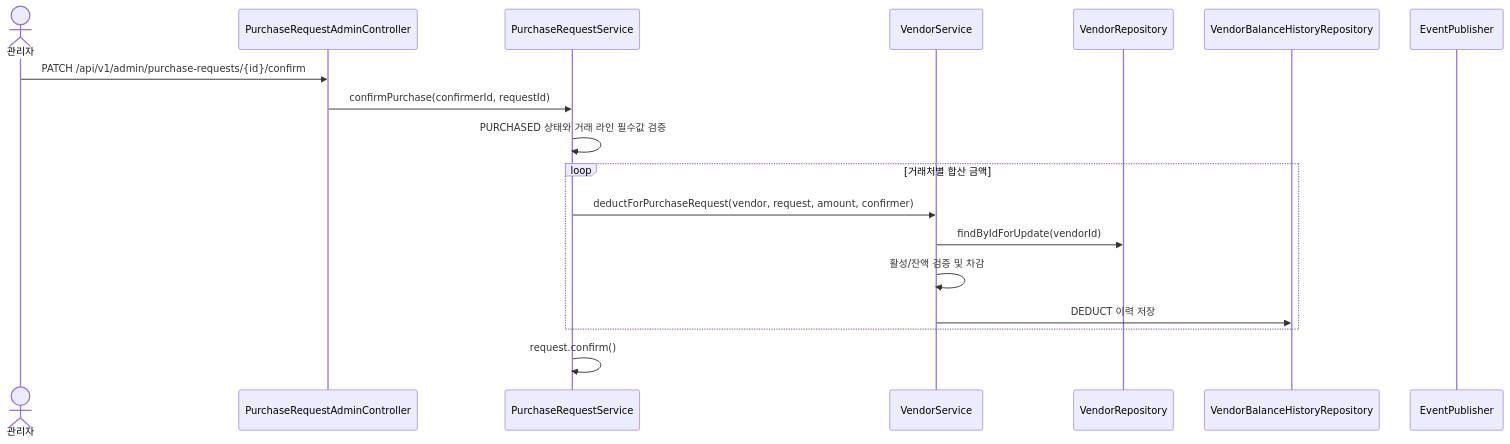
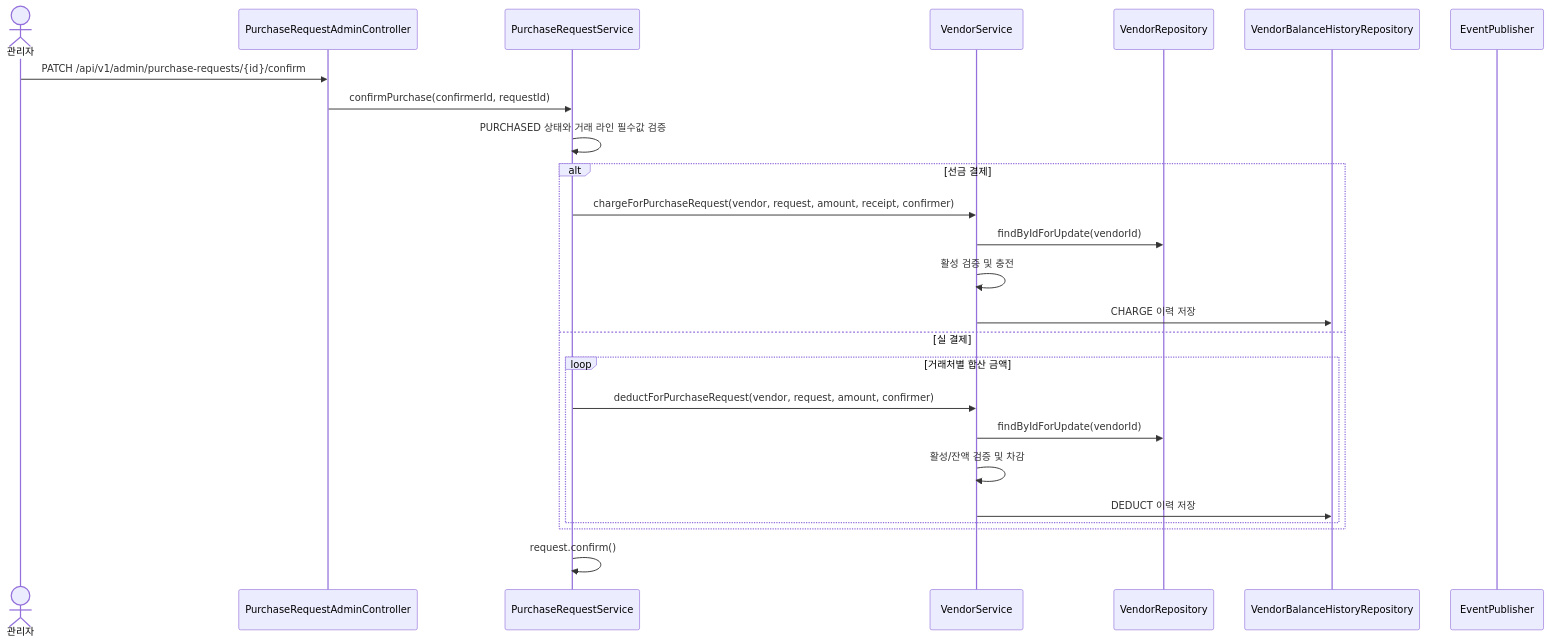
Before and after one commit to Geumjeongyahak/Backend: the first of 3 diagrams in docs/api/PurchaseRequests.md, drawn with Mermaid. The commit also changed other lines of this file and 19 other files, not shown here.

````diff
--- a/docs/api/PurchaseRequests.md
+++ b/docs/api/PurchaseRequests.md
@@ -63,21 +67,28 @@
 ```mermaid
 sequenceDiagram
     actor Admin as 관리자
     participant API as PurchaseRequestAdminController
     participant PR as PurchaseRequestService
     participant VendorSvc as VendorService
     participant VendorRepo as VendorRepository
     participant HistoryRepo as VendorBalanceHistoryRepository
     participant Push as EventPublisher
 
     Admin->>API: PATCH /api/v1/admin/purchase-requests/{id}/confirm
     API->>PR: confirmPurchase(confirmerId, requestId)
     PR->>PR: PURCHASED 상태와 거래 라인 필수값 검증
-    loop 거래처별 합산 금액
+    alt 선금 결제
+        PR->>VendorSvc: chargeForPurchaseRequest(vendor, request, amount, receipt, confirmer)
+        VendorSvc->>VendorRepo: findByIdForUpdate(vendorId)
+        VendorSvc->>VendorSvc: 활성 검증 및 충전
+        VendorSvc->>HistoryRepo: CHARGE 이력 저장
+    else 실 결제
+      loop 거래처별 합산 금액
         PR->>VendorSvc: deductForPurchaseRequest(vendor, request, amount, confirmer)
         VendorSvc->>VendorRepo: findByIdForUpdate(vendorId)
         VendorSvc->>VendorSvc: 활성/잔액 검증 및 차감
         VendorSvc->>HistoryRepo: DEDUCT 이력 저장
+      end
     end
     PR->>PR: request.confirm()
 ```
````
